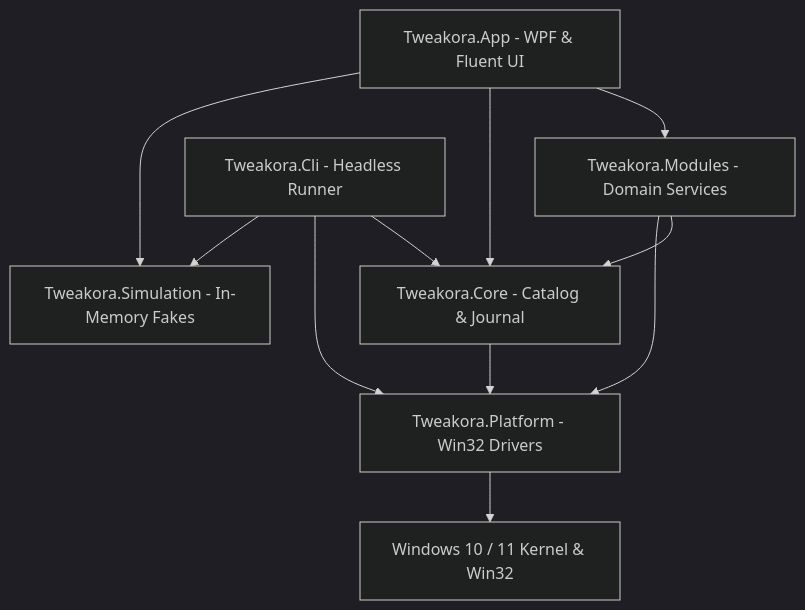
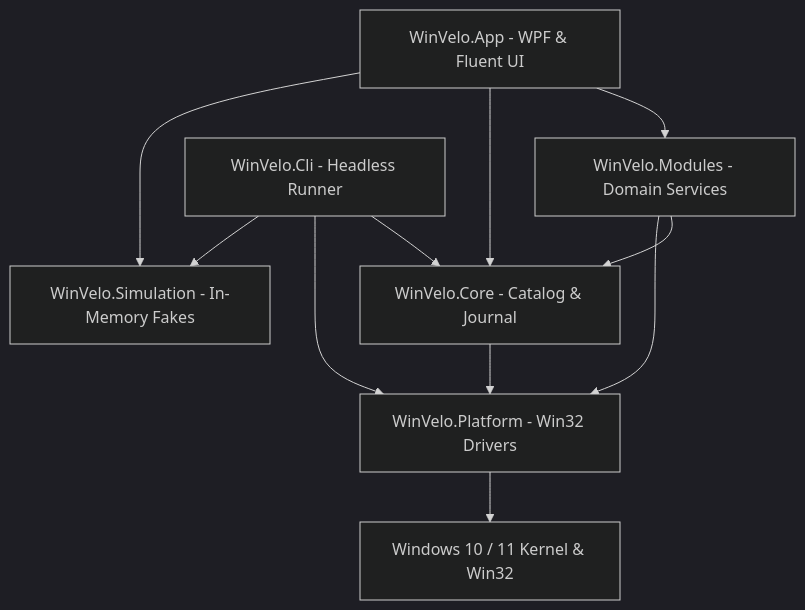
One commit to Ziadtareks/WinVelo changed the diagram in docs/ARCHITECTURE.md. Above: the diagram before and after it, drawn with Mermaid (dark theme). The commit also changed other lines of this file and 371 other files, not shown here.

First line of the commit message:
refactor: rename Tweakora to WinVelo

````diff
--- a/docs/ARCHITECTURE.md
+++ b/docs/ARCHITECTURE.md
@@ -9,13 +9,13 @@
 ```mermaid
 graph TD
-    App[Tweakora.App - WPF & Fluent UI] --> Modules[Tweakora.Modules - Domain Services]
-    App --> Core[Tweakora.Core - Catalog & Journal]
-    App --> Simulation[Tweakora.Simulation - In-Memory Fakes]
+    App[WinVelo.App - WPF & Fluent UI] --> Modules[WinVelo.Modules - Domain Services]
+    App --> Core[WinVelo.Core - Catalog & Journal]
+    App --> Simulation[WinVelo.Simulation - In-Memory Fakes]
     Modules --> Core
-    Modules --> Platform[Tweakora.Platform - Win32 Drivers]
+    Modules --> Platform[WinVelo.Platform - Win32 Drivers]
     Core --> Platform
-    CLI[Tweakora.Cli - Headless Runner] --> Core
+    CLI[WinVelo.Cli - Headless Runner] --> Core
     CLI --> Platform
     CLI --> Simulation
     Platform --> OS[Windows 10 / 11 Kernel & Win32]
 ```
````
